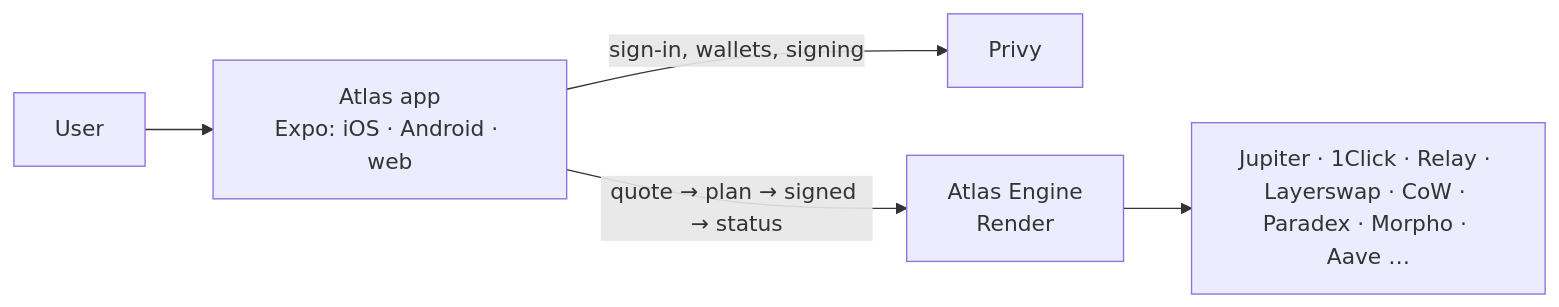
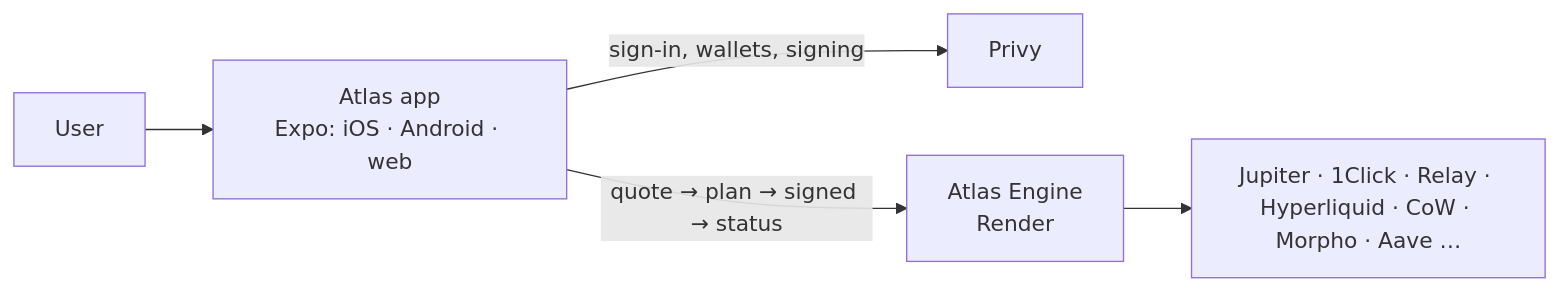
One commit to Iwetan77/Atlas changed the diagram in README.md. Above: the diagram before and after it, drawn with Mermaid. The commit also changed other lines of this file and 11 other files, not shown here.

Commit message:
Perps need no setup: the Paradex sign-up card, its Profile settings and the server-signer permission are gone, so Open works as soon as there's a quote. Docs and contract say Hyperliquid

````diff
--- a/README.md
+++ b/README.md
@@ -75,7 +76,7 @@
 ```mermaid
 flowchart LR
   U[User] --> APP[Atlas app<br/>Expo: iOS · Android · web]
   APP -->|sign-in, wallets, signing| PRIVY[Privy]
   APP -->|quote → plan → signed → status| ENGINE[Atlas Engine<br/>Render]
-  ENGINE --> VENUES[Jupiter · 1Click · Relay · Layerswap · CoW · Paradex · Morpho · Aave …]
+  ENGINE --> VENUES[Jupiter · 1Click · Relay · Hyperliquid · CoW · Morpho · Aave …]
 ```
````
